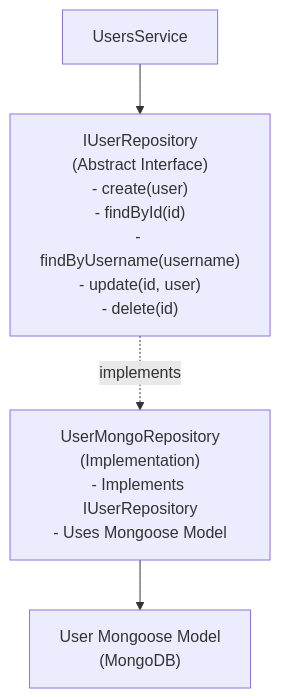
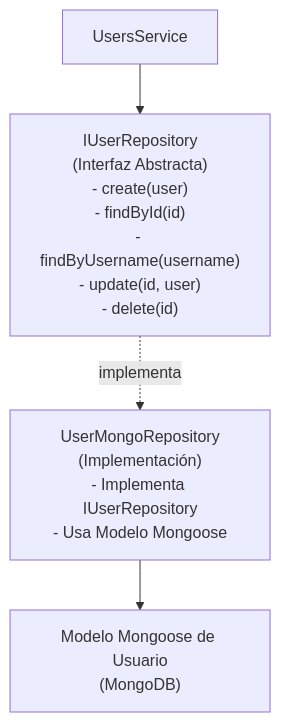
One commit to Byroncl/laboratory-reviews changed the fifth of 6 diagrams in docs-post-message/docs/backend/architecture/layers.md. Above: the diagram before and after it, drawn with Mermaid. The commit also changed other lines of this file and 17 other files, not shown here.

Commit message:
refactor: implement clean architecture patterns with domains, repositories, use cases, constants, and comprehensive tests

````diff
--- a/docs-post-message/docs/backend/architecture/layers.md
+++ b/docs-post-message/docs/backend/architecture/layers.md
@@ -215,11 +215,11 @@
 ```mermaid
 graph TB
     Service["UsersService"]
-    IUserRepository["IUserRepository<br/>(Abstract Interface)<br/>- create(user)<br/>- findById(id)<br/>- findByUsername(username)<br/>- update(id, user)<br/>- delete(id)"]
-    UserMongoRepository["UserMongoRepository<br/>(Implementation)<br/>- Implements IUserRepository<br/>- Uses Mongoose Model"]
-    Model["User Mongoose Model<br/>(MongoDB)"]
+    IUserRepository["IUserRepository<br/>(Interfaz Abstracta)<br/>- create(user)<br/>- findById(id)<br/>- findByUsername(username)<br/>- update(id, user)<br/>- delete(id)"]
+    UserMongoRepository["UserMongoRepository<br/>(Implementación)<br/>- Implementa IUserRepository<br/>- Usa Modelo Mongoose"]
+    Model["Modelo Mongoose de Usuario<br/>(MongoDB)"]
     
     Service --> IUserRepository
-    IUserRepository -.->|implements| UserMongoRepository
+    IUserRepository -.->|implementa| UserMongoRepository
     UserMongoRepository --> Model
 ```
````
